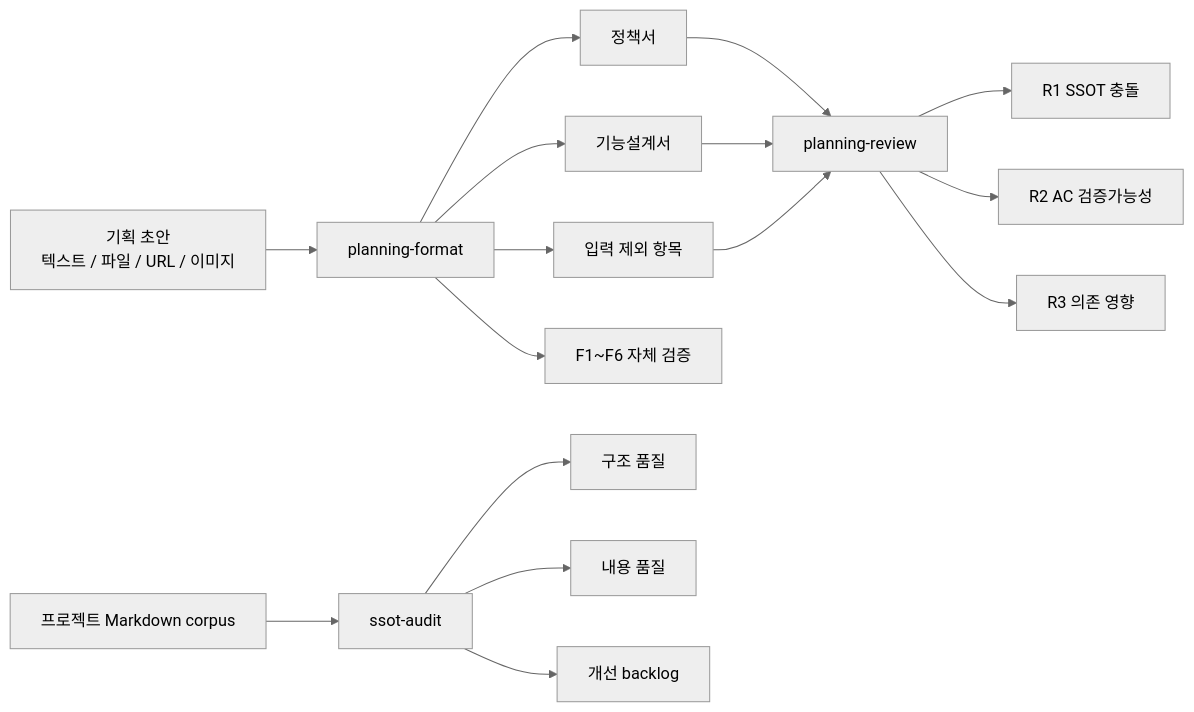
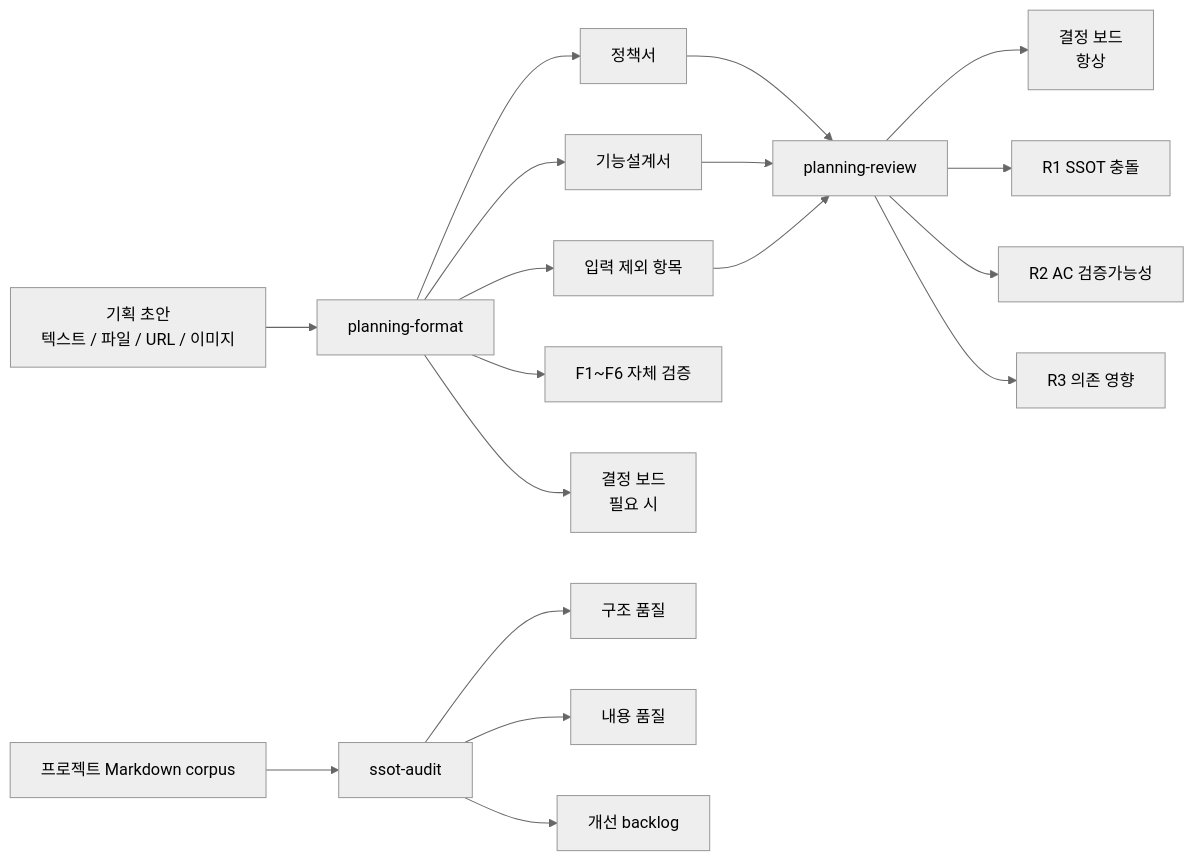
The first of 7 diagrams in planning-kit/docs/planning-kit-workflow-guide.md (inkwonjung-colosseum/plugins), drawn with Mermaid (neutral theme) before and after one commit. The commit also changed other lines of this file and 33 other files, not shown here.

````diff
--- a/planning-kit/docs/planning-kit-workflow-guide.md
+++ b/planning-kit/docs/planning-kit-workflow-guide.md
@@ -19,21 +19,23 @@
 ```mermaid
 flowchart LR
   A["기획 초안<br/>텍스트 / 파일 / URL / 이미지"] --> B["planning-format"]
   B --> C["정책서"]
   B --> D["기능설계서"]
   B --> E["입력 제외 항목"]
   B --> F["F1~F6 자체 검증"]
+  B --> DB["결정 보드<br/>필요 시"]
 
   C --> G["planning-review"]
   D --> G
   E --> G
 
-  G --> H["R1 SSOT 충돌"]
+  G --> H["결정 보드<br/>항상"]
+  G --> R["R1 SSOT 충돌"]
   G --> I["R2 AC 검증가능성"]
   G --> J["R3 의존 영향"]
 
   K["프로젝트 Markdown corpus"] --> L["ssot-audit"]
   L --> M["구조 품질"]
   L --> N["내용 품질"]
   L --> O["개선 backlog"]
 ```
````
